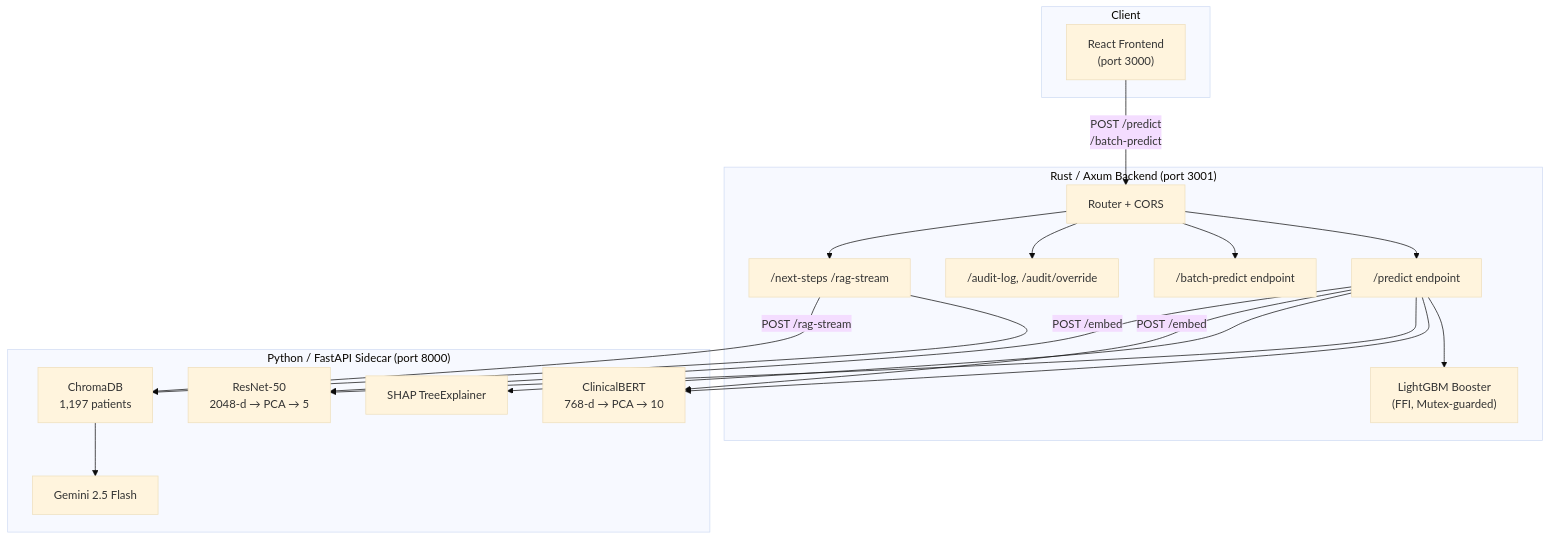
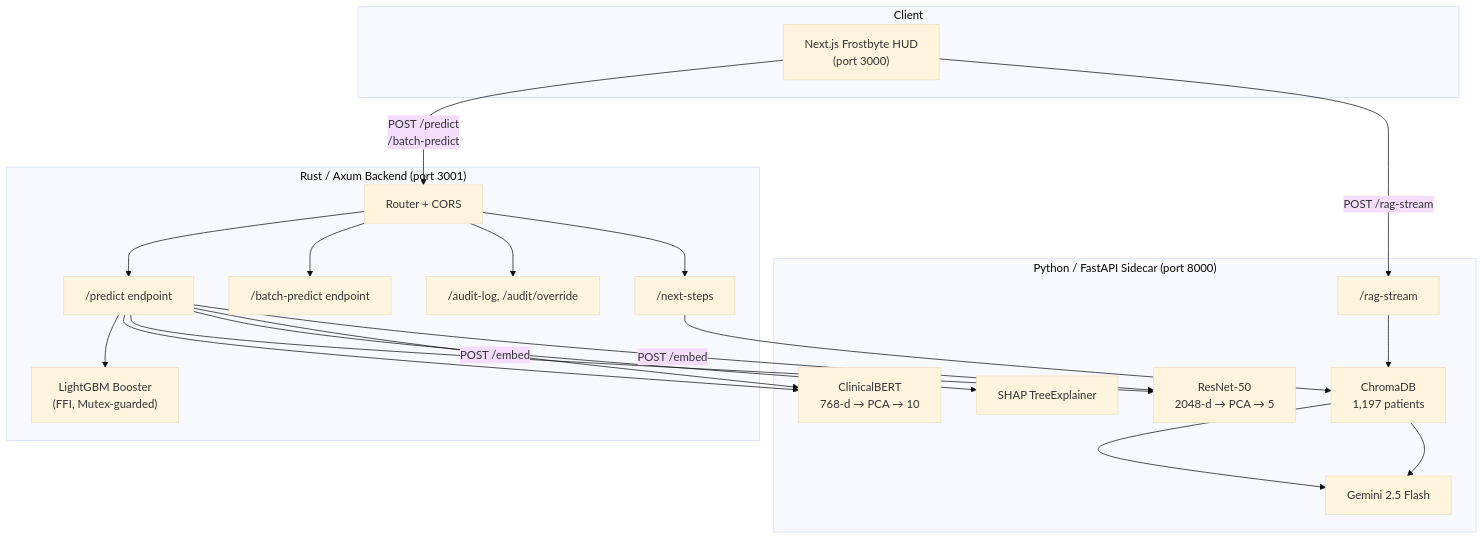
Before and after one commit to Arshgill01/Multimodal-AI-Triage-Assistant: the first of 2 diagrams in README.md, drawn with Mermaid (base theme). The commit also changed other lines of this file, not shown here.

````diff
--- a/README.md
+++ b/README.md
@@ -218,39 +218,41 @@
 ```mermaid
 flowchart TB
     subgraph Client
-        FE["React Frontend<br/>(port 3000)"]
+        FE["Next.js Frostbyte HUD<br/>(port 3000)"]
     end
 
     subgraph Rust["Rust / Axum Backend (port 3001)"]
         Router["Router + CORS"]
         Predict["/predict endpoint"]
         Batch["/batch-predict endpoint"]
         Audit["/audit-log, /audit/override"]
-        Next["/next-steps /rag-stream"]
+        Next["/next-steps"]
         LGB["LightGBM Booster<br/>(FFI, Mutex-guarded)"]
 
         Router --> Predict
         Router --> Batch
         Router --> Audit
         Router --> Next
         Predict --> LGB
     end
 
     subgraph Python["Python / FastAPI Sidecar (port 8000)"]
         BERT["ClinicalBERT<br/>768-d → PCA → 10"]
         ResNet["ResNet-50<br/>2048-d → PCA → 5"]
         Chroma["ChromaDB<br/>1,197 patients"]
         Gemini["Gemini 2.5 Flash"]
         SHAP["SHAP TreeExplainer"]
+        RAG["/rag-stream"]
 
         Predict --> BERT
         Predict --> ResNet
         Next --> Chroma --> Gemini
         Predict --> SHAP
     end
 
     FE -- "POST /predict<br/>/batch-predict" --> Router
+    FE -- "POST /rag-stream" --> RAG
     Predict -- "POST /embed" --> BERT
     Predict -- "POST /embed" --> ResNet
-    Next -- "POST /rag-stream" --> Chroma
+    RAG --> Chroma --> Gemini
 ```
````
